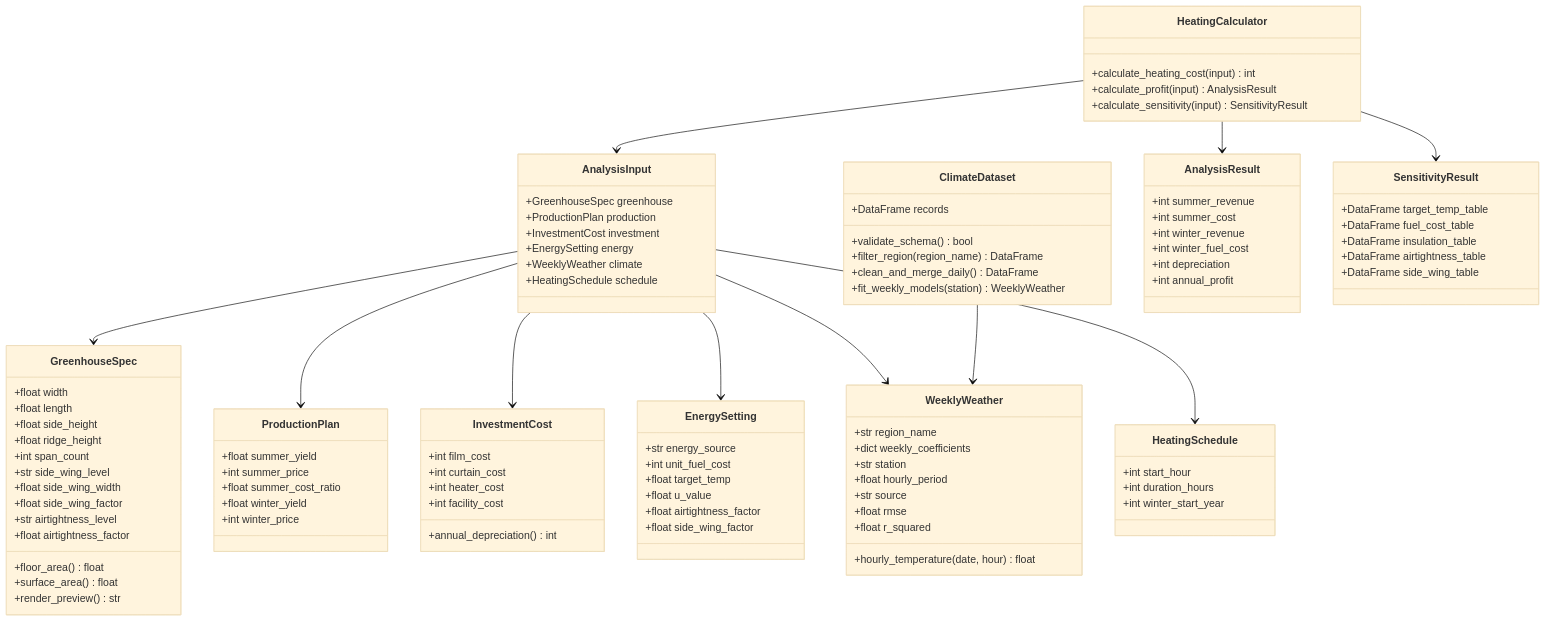
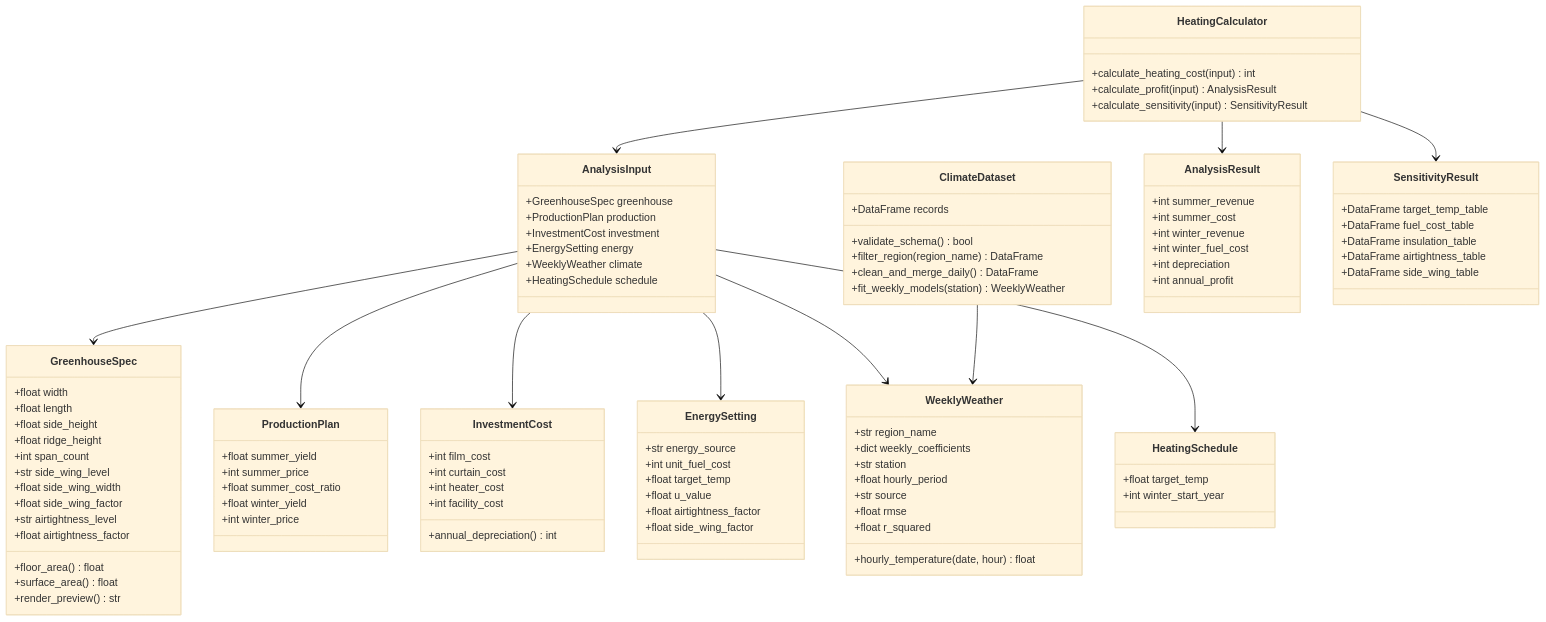
One commit to kuk-jong/fig-heating-decision-app changed the second of 5 diagrams in releases/v0.5/docs/APP_BLUEPRINT.md. Above: the diagram before and after it, drawn with Mermaid (base theme). The commit also changed other lines of this file and 13 other files, not shown here.

```diff
--- a/releases/v0.5/docs/APP_BLUEPRINT.md
+++ b/releases/v0.5/docs/APP_BLUEPRINT.md
@@ -133,8 +133,7 @@
     }
 
     class HeatingSchedule {
-        +int start_hour
-        +int duration_hours
+        +float target_temp
         +int winter_start_year
     }
 
```
